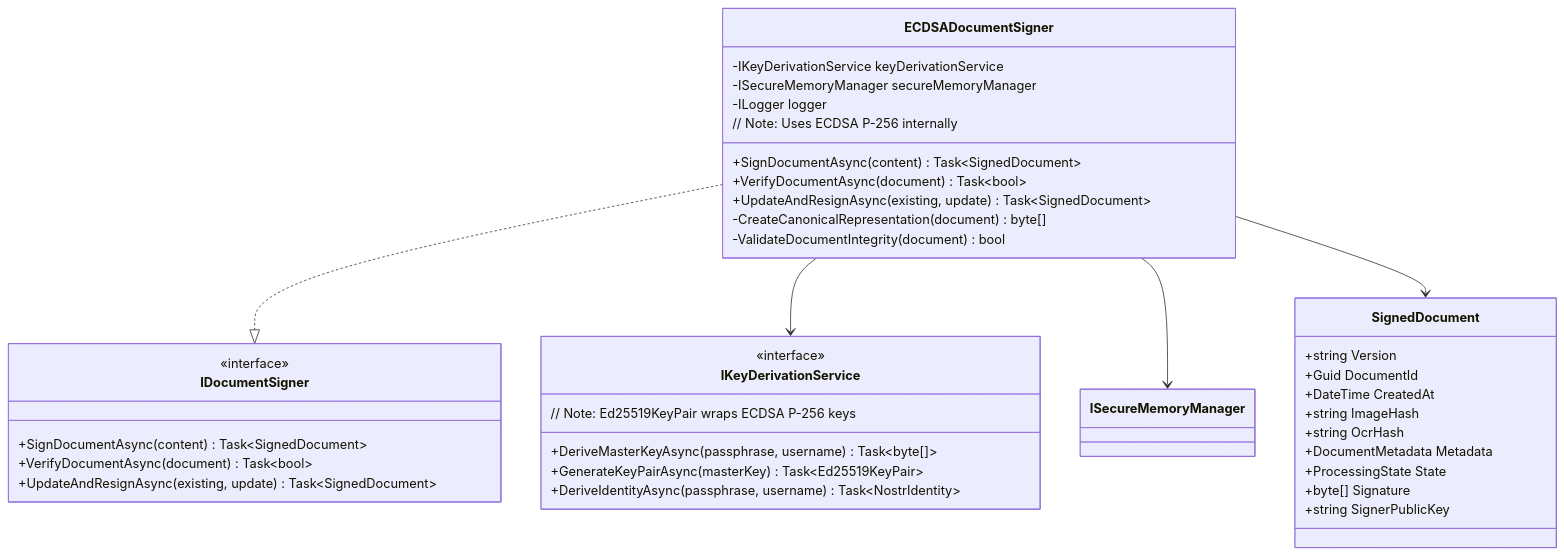
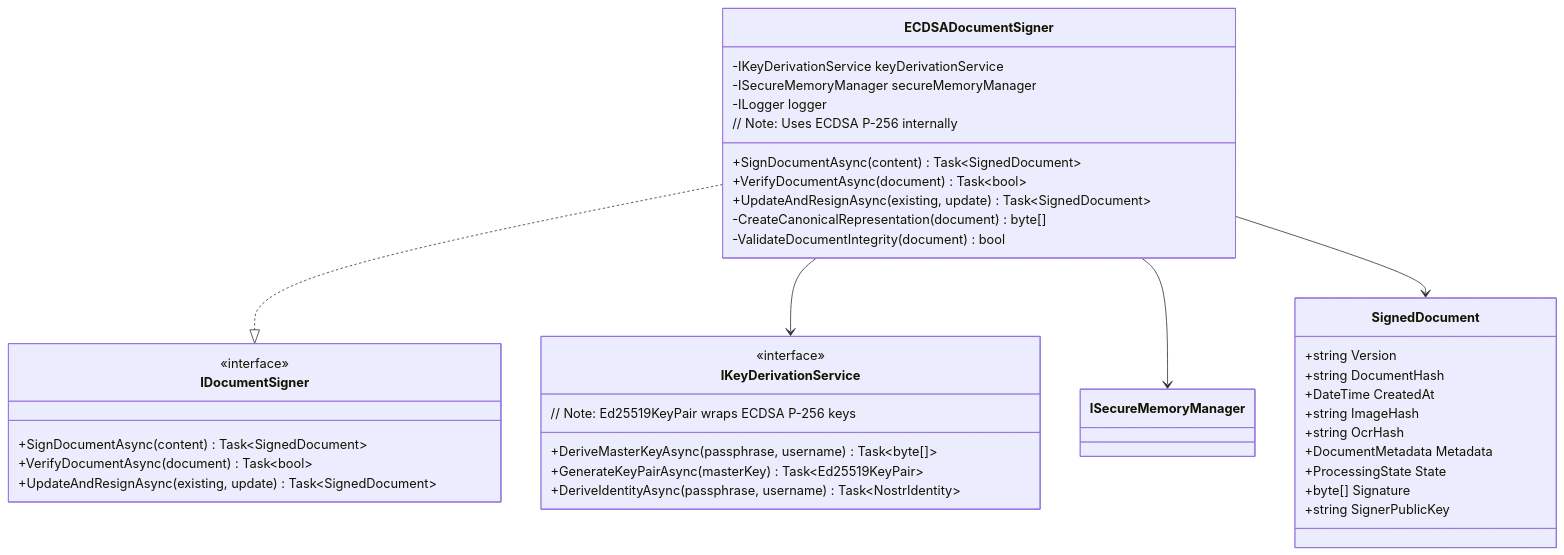
Diagram 18 of 52 in docs/architecture/features/document-scanner/ocr-scanner-architecture.md (o2alexanderfedin/Nolock.social.frontends), drawn with Mermaid before and after one commit. The commit also changed other lines of this file and 11 other files, not shown here.

First line of the commit message:
docs: refactor OCR architecture and add SCRUM epics

````diff
--- a/docs/architecture/features/document-scanner/ocr-scanner-architecture.md
+++ b/docs/architecture/features/document-scanner/ocr-scanner-architecture.md
@@ -709,46 +726,46 @@
 ```mermaid
 classDiagram
     class IDocumentSigner {
         <<interface>>
         +SignDocumentAsync(content) Task~SignedDocument~
         +VerifyDocumentAsync(document) Task~bool~
         +UpdateAndResignAsync(existing, update) Task~SignedDocument~
     }
     
     class ECDSADocumentSigner {
         -IKeyDerivationService keyDerivationService
         -ISecureMemoryManager secureMemoryManager
         -ILogger logger
         +SignDocumentAsync(content) Task~SignedDocument~
         +VerifyDocumentAsync(document) Task~bool~
         +UpdateAndResignAsync(existing, update) Task~SignedDocument~
         -CreateCanonicalRepresentation(document) byte[]
         -ValidateDocumentIntegrity(document) bool
         // Note: Uses ECDSA P-256 internally
     }
     
     class IKeyDerivationService {
         <<interface>>
         +DeriveMasterKeyAsync(passphrase, username) Task~byte[]~
         +GenerateKeyPairAsync(masterKey) Task~Ed25519KeyPair~
         +DeriveIdentityAsync(passphrase, username) Task~NostrIdentity~
         // Note: Ed25519KeyPair wraps ECDSA P-256 keys
     }
     
     class SignedDocument {
         +string Version
-        +Guid DocumentId
+        +string DocumentHash
         +DateTime CreatedAt
         +string ImageHash
         +string OcrHash
         +DocumentMetadata Metadata
         +ProcessingState State
         +byte[] Signature
         +string SignerPublicKey
     }
     
     ECDSADocumentSigner ..|> IDocumentSigner
     ECDSADocumentSigner --> IKeyDerivationService
     ECDSADocumentSigner --> ISecureMemoryManager
     ECDSADocumentSigner --> SignedDocument
 ```
````
